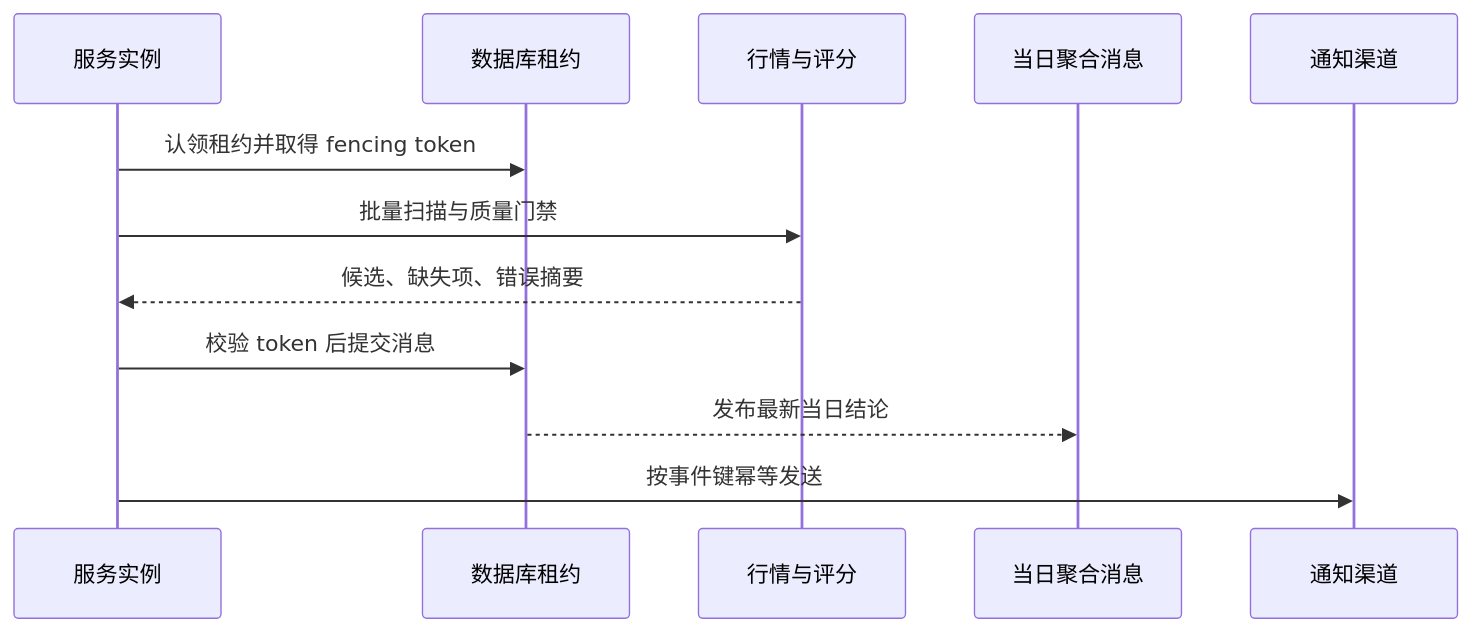
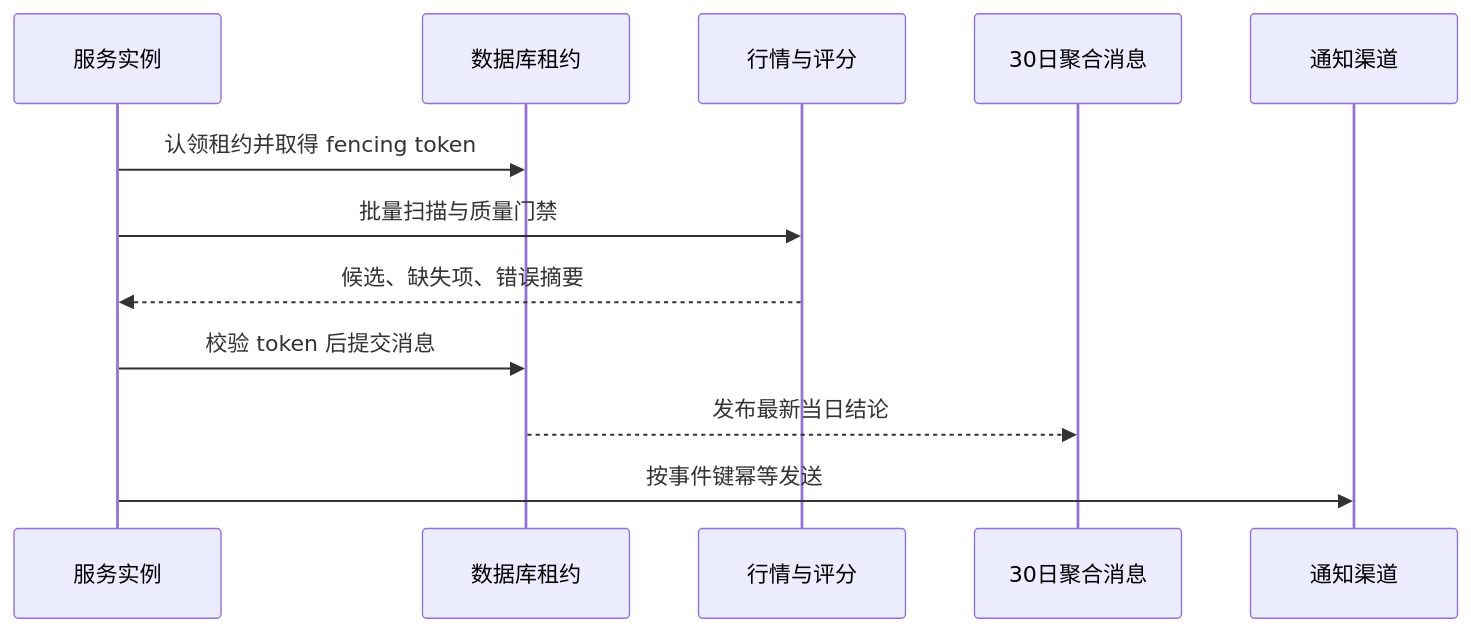
The third of 4 diagrams in doc/02-Agent编排与业务模块.md (seksibich/asking_agent_team), drawn with Mermaid before and after one commit. The commit also changed 17 other files, not shown here.

````diff
--- a/doc/02-Agent编排与业务模块.md
+++ b/doc/02-Agent编排与业务模块.md
@@ -49,14 +49,14 @@
 ```mermaid
 sequenceDiagram
   participant I as 服务实例
   participant DB as 数据库租约
   participant Q as 行情与评分
-  participant M as 当日聚合消息
+  participant M as 30日聚合消息
   participant N as 通知渠道
   I->>DB: 认领租约并取得 fencing token
   I->>Q: 批量扫描与质量门禁
   Q-->>I: 候选、缺失项、错误摘要
   I->>DB: 校验 token 后提交消息
   DB-->>M: 发布最新当日结论
   I->>N: 按事件键幂等发送
 ```
````
